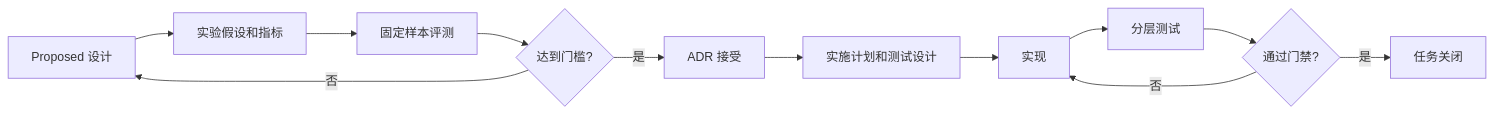
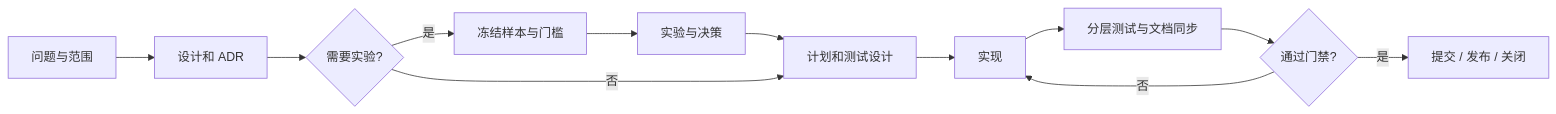
One commit to swfswf1234/Axiom-Flow changed the diagram in docs/guides/task-lifecycle.md. Above: the diagram before and after it, drawn with Mermaid. The commit also changed other lines of this file and 13 other files, not shown here.

Commit message:
docs: define v0.3 architecture and delivery gates

````diff
--- a/docs/guides/task-lifecycle.md
+++ b/docs/guides/task-lifecycle.md
@@ -8,14 +20,14 @@
 ```mermaid
 flowchart LR
-    A[Proposed 设计] --> B[实验假设和指标]
-    B --> C[固定样本评测]
-    C --> D{达到门槛?}
-    D -- 否 --> A
-    D -- 是 --> E[ADR 接受]
-    E --> F[实施计划和测试设计]
+    A[问题与范围] --> B[设计和 ADR]
+    B --> C{需要实验?}
+    C -- 是 --> D[冻结样本与门槛]
+    D --> E[实验与决策]
+    E --> F[计划和测试设计]
+    C -- 否 --> F
     F --> G[实现]
-    G --> H[分层测试]
+    G --> H[分层测试与文档同步]
     H --> I{通过门禁?}
     I -- 否 --> G
-    I -- 是 --> J[任务关闭]
+    I -- 是 --> J[提交 / 发布 / 关闭]
 ```
````
